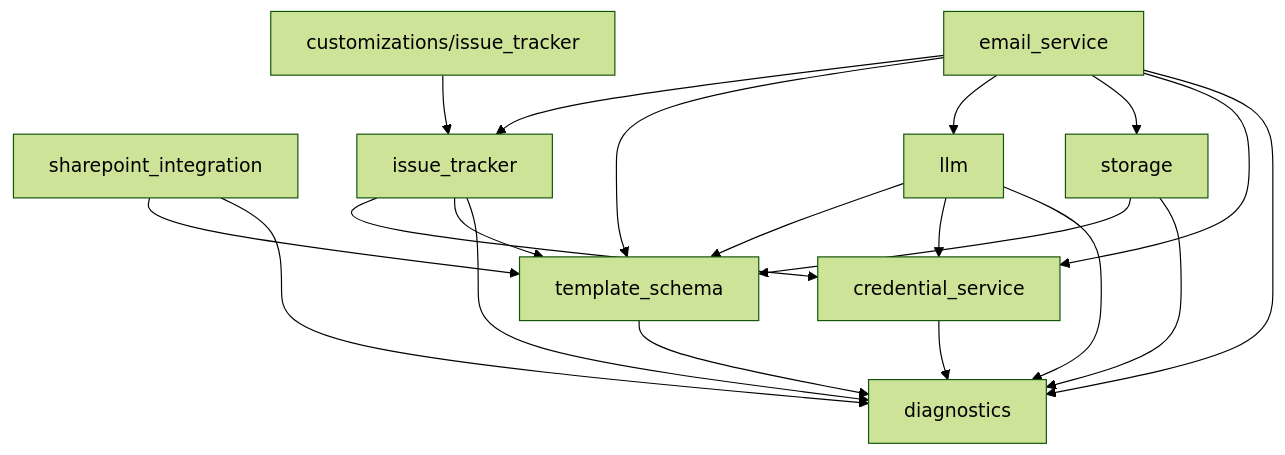
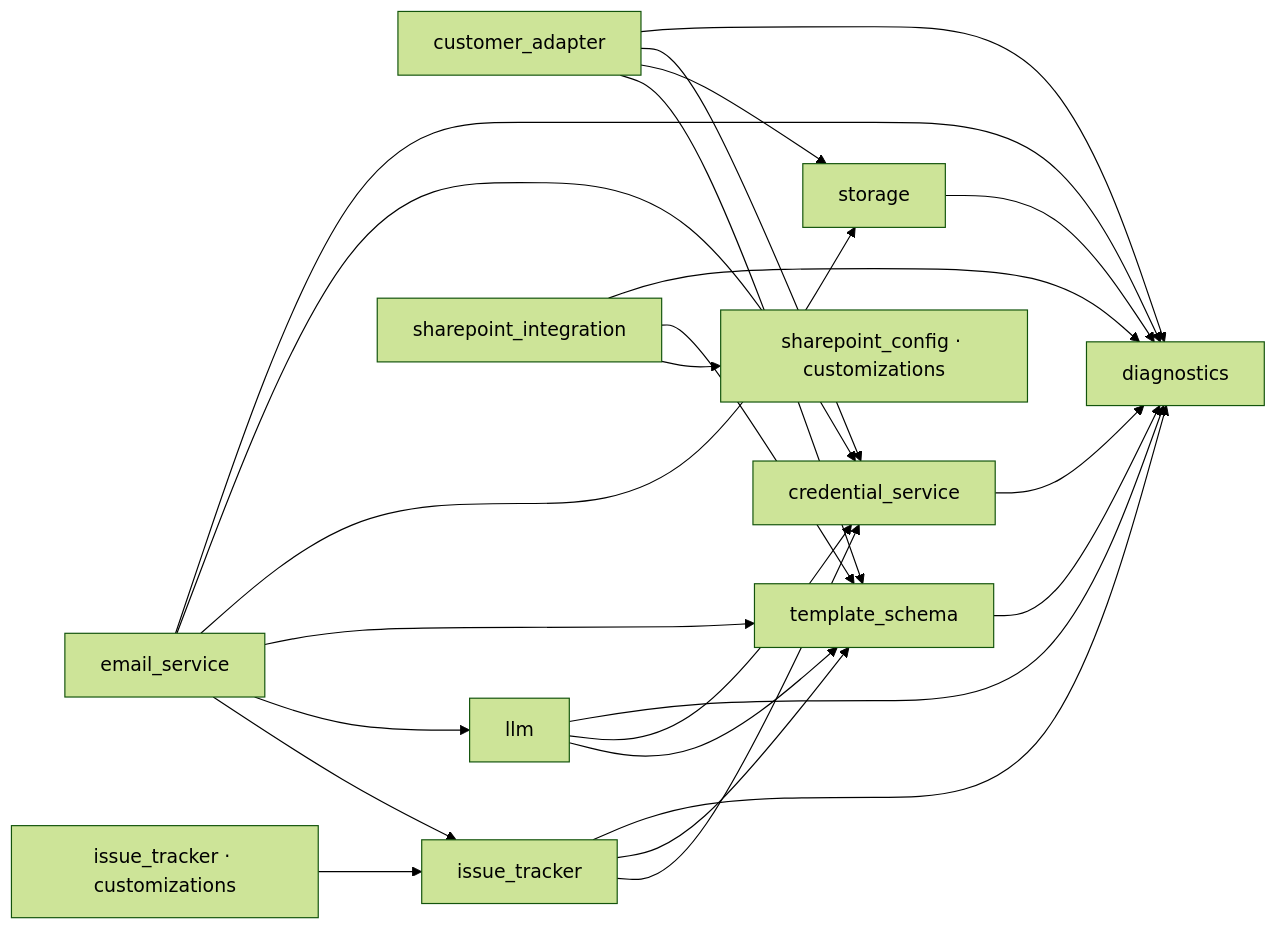
The diagram in docs/compact/MAP.md (kurnoolion/hilda), drawn with Mermaid (forest theme) before and after one commit. The commit also changed other lines of this file and 10 other files, not shown here.

````diff
--- a/docs/compact/MAP.md
+++ b/docs/compact/MAP.md
@@ -21,32 +21,38 @@
 ```mermaid
-flowchart TD
+flowchart LR
+    m_credential_service[credential_service]
+    m_customer_adapter[customer_adapter]
     m_diagnostics[diagnostics]
-    m_template_schema[template_schema]
-    m_credential_service[credential_service]
+    m_email_service[email_service]
+    m_issue_tracker[issue_tracker]
+    m_issue_tracker_cust[issue_tracker · customizations]
+    m_llm[llm]
+    m_sharepoint_config[sharepoint_config · customizations]
     m_sharepoint_integration[sharepoint_integration]
     m_storage[storage]
-    m_llm[llm]
-    m_issue_tracker[issue_tracker]
-    m_email_service[email_service]
-    m_customizations_issue_tracker[customizations/issue_tracker]
+    m_template_schema[template_schema]
 
-    m_template_schema --> m_diagnostics
     m_credential_service --> m_diagnostics
-    m_sharepoint_integration --> m_diagnostics
-    m_sharepoint_integration --> m_template_schema
-    m_storage --> m_diagnostics
-    m_storage --> m_template_schema
+    m_customer_adapter --> m_diagnostics
+    m_customer_adapter --> m_credential_service
+    m_customer_adapter --> m_storage
+    m_customer_adapter --> m_template_schema
+    m_email_service --> m_diagnostics
+    m_email_service --> m_credential_service
+    m_email_service --> m_storage
+    m_email_service --> m_template_schema
+    m_email_service --> m_llm
+    m_email_service --> m_issue_tracker
+    m_issue_tracker --> m_diagnostics
+    m_issue_tracker --> m_template_schema
+    m_issue_tracker --> m_credential_service
+    m_issue_tracker_cust --> m_issue_tracker
     m_llm --> m_diagnostics
     m_llm --> m_credential_service
     m_llm --> m_template_schema
-    m_issue_tracker --> m_diagnostics
-    m_issue_tracker --> m_template_schema
-    m_issue_tracker --> m_credential_service
-    m_email_service --> m_diagnostics
-    m_email_service --> m_credential_service
-    m_email_service --> m_storage
-    m_email_service --> m_llm
-    m_email_service --> m_template_schema
-    m_email_service --> m_issue_tracker
-    m_customizations_issue_tracker --> m_issue_tracker
+    m_sharepoint_integration --> m_diagnostics
+    m_sharepoint_integration --> m_template_schema
+    m_sharepoint_integration --> m_sharepoint_config
+    m_storage --> m_diagnostics
+    m_template_schema --> m_diagnostics
 ```
````
